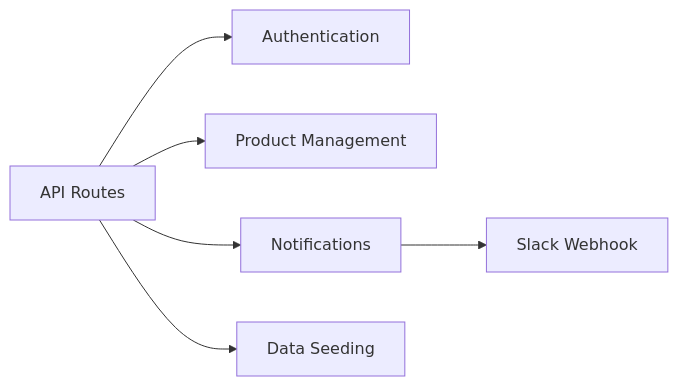
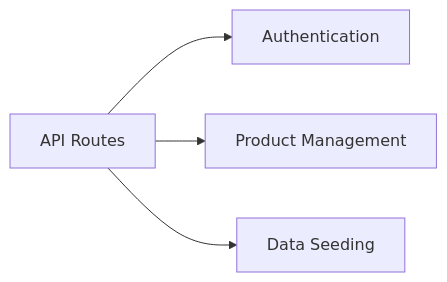
The second of 2 diagrams in ARCHITECTURE.md (nalbam/nextjs-admin), drawn with Mermaid before and after one commit. The commit also changed other lines of this file and 12 other files, not shown here.

````diff
--- a/ARCHITECTURE.md
+++ b/ARCHITECTURE.md
@@ -96,8 +88,6 @@
 ```mermaid
 graph LR
     API[API Routes] --> Auth[Authentication]
     API --> Products[Product Management]
-    API --> Notifications[Notifications]
     API --> Seeding[Data Seeding]
-    Notifications --> Slack[Slack Webhook]
 ```
````
